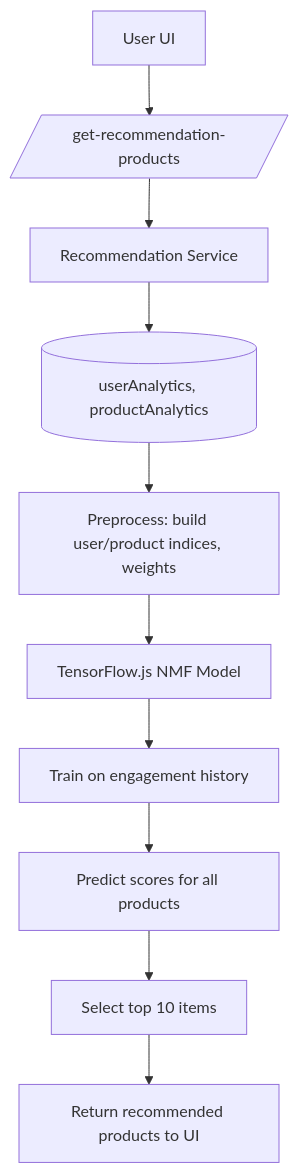
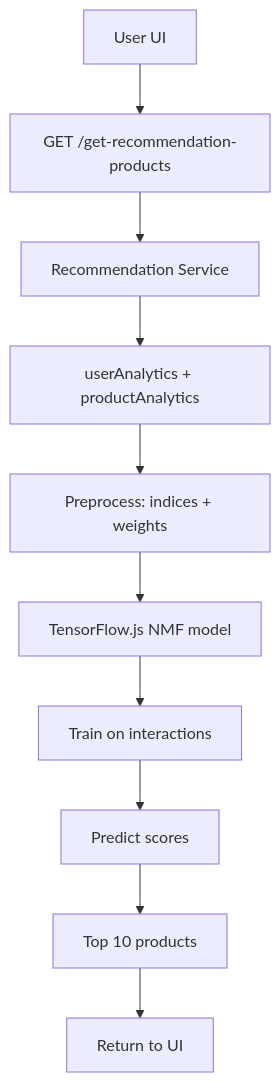
One commit to Ahmedabdelaziz77/ZShop changed the sixth of 6 diagrams in README.md. Above: the diagram before and after it, drawn with Mermaid. The commit also changed other lines of this file, not shown here.

````diff
--- a/README.md
+++ b/README.md
@@ -902,14 +730,14 @@
 ```mermaid
 flowchart TD
-    U[User UI] --> REQ[/get-recommendation-products/]
-    REQ --> RECO[Recommendation Service]
+  U["User UI"] --> REQ["GET /get-recommendation-products"]
+  REQ --> RECO["Recommendation Service"]
 
-    RECO --> ANA[(userAnalytics, productAnalytics)]
-    ANA --> PRE[Preprocess: build user/product indices, weights]
+  RECO --> ANA["userAnalytics + productAnalytics"]
+  ANA --> PRE["Preprocess: indices + weights"]
 
-    PRE --> MODEL[TensorFlow.js NMF Model]
-    MODEL --> TRAIN[Train on engagement history]
-    TRAIN --> PRED[Predict scores for all products]
-    PRED --> TOP[Select top 10 items]
-    TOP --> URES[Return recommended products to UI]
+  PRE --> MODEL["TensorFlow.js NMF model"]
+  MODEL --> TRAIN["Train on interactions"]
+  TRAIN --> PRED["Predict scores"]
+  PRED --> TOP["Top 10 products"]
+  TOP --> URES["Return to UI"]
 ```
````
